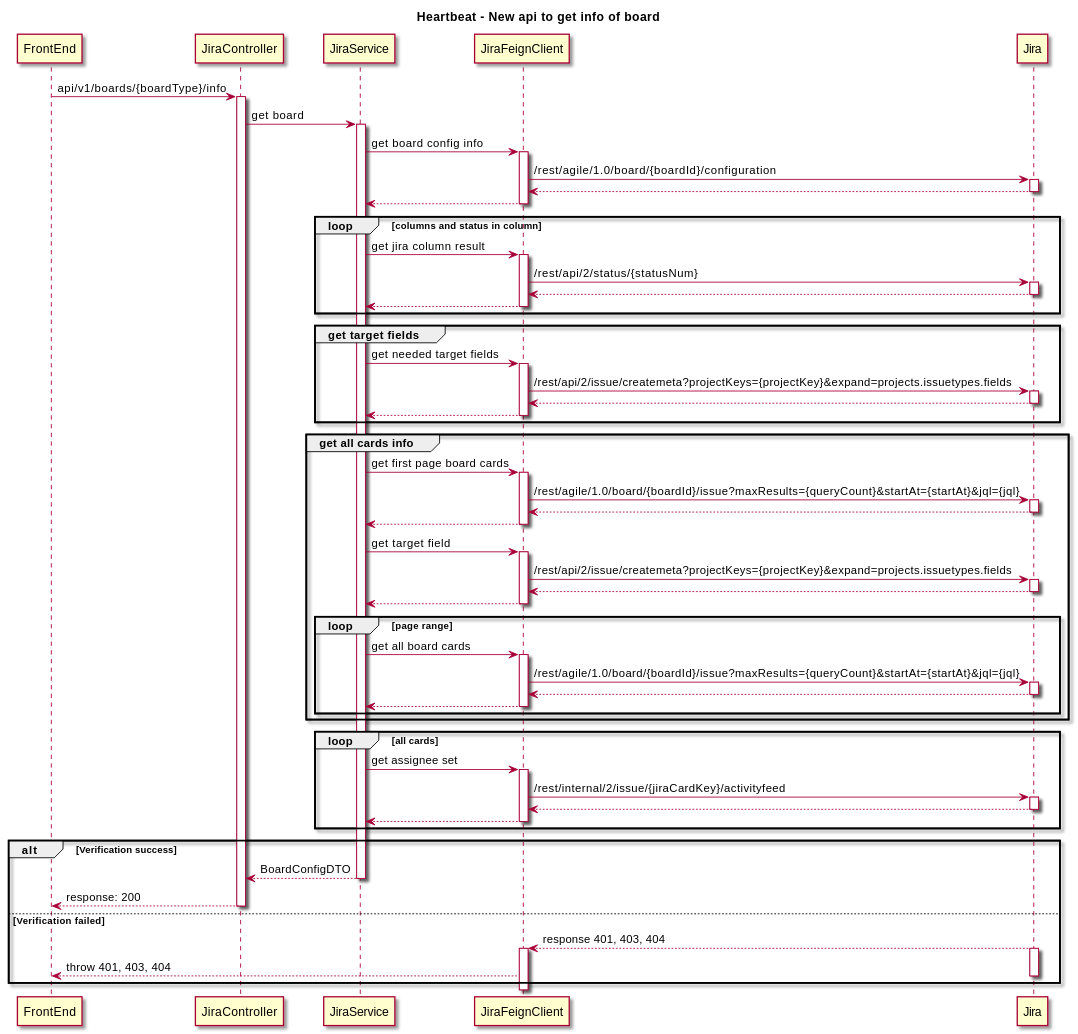
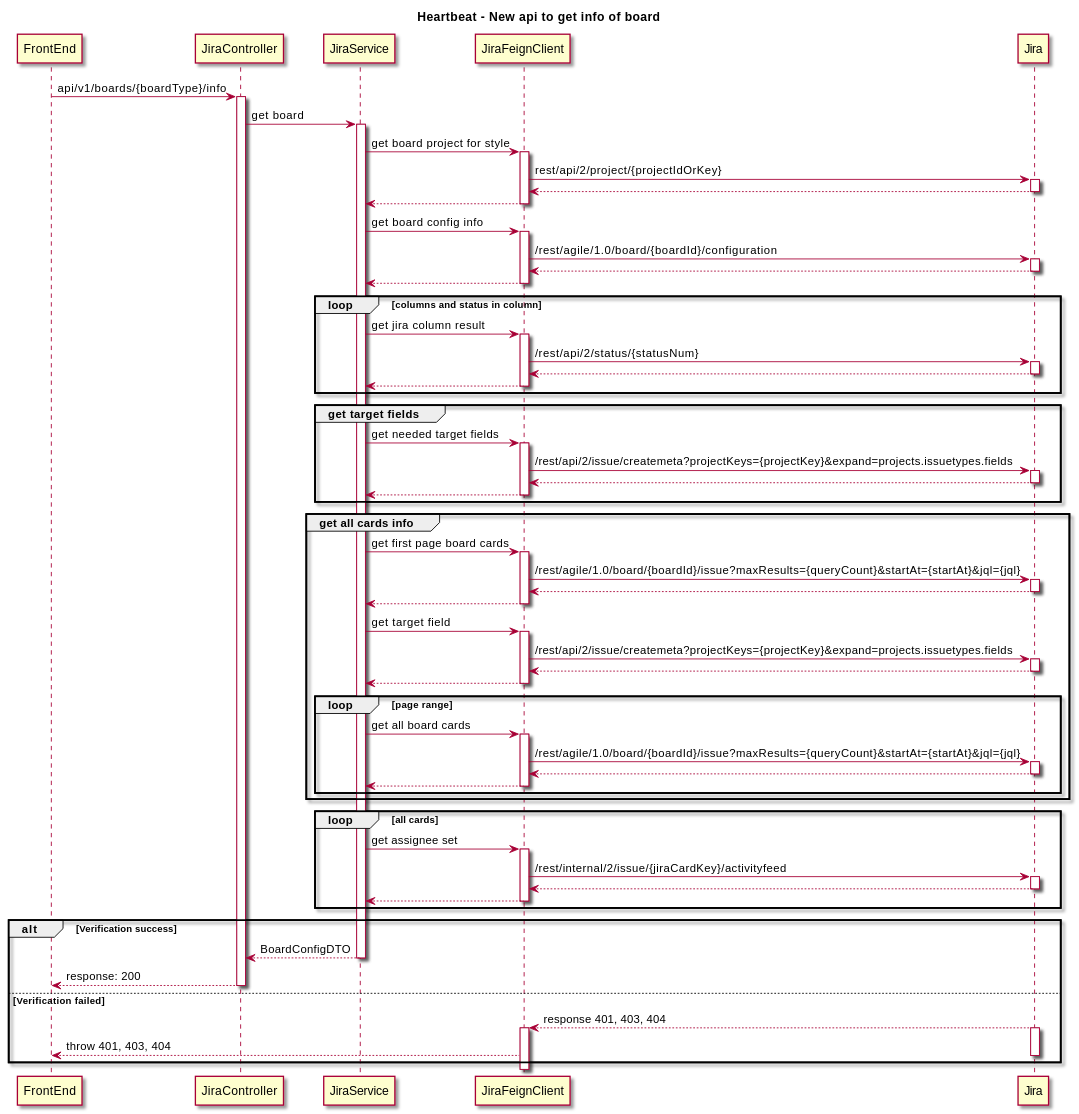
The second of 2 diagrams in docs/src/content/docs/en/spikes/tech-spikes-split-verification-of-board.mdx (thoughtworks/HeartBeat), drawn with PlantUML before and after one commit.

Commit message:
ADM-708:[backend]docs: update board get info sequence diagram

```diff
--- a/docs/src/content/docs/en/spikes/tech-spikes-split-verification-of-board.mdx
+++ b/docs/src/content/docs/en/spikes/tech-spikes-split-verification-of-board.mdx
@@ -253,6 +253,14 @@
     activate JiraController
     JiraController -> JiraService: get board
     activate JiraService
+    JiraService -> JiraFeignClient: get board project for style
+    activate JiraFeignClient
+    JiraFeignClient -> Jira: rest/api/2/project/{projectIdOrKey}
+    activate Jira
+    Jira --> JiraFeignClient
+    deactivate Jira
+    JiraFeignClient --> JiraService
+    deactivate JiraFeignClient
     JiraService -> JiraFeignClient: get board config info
     activate JiraFeignClient
     JiraFeignClient -> Jira: /rest/agile/1.0/board/{boardId}/configuration
```
